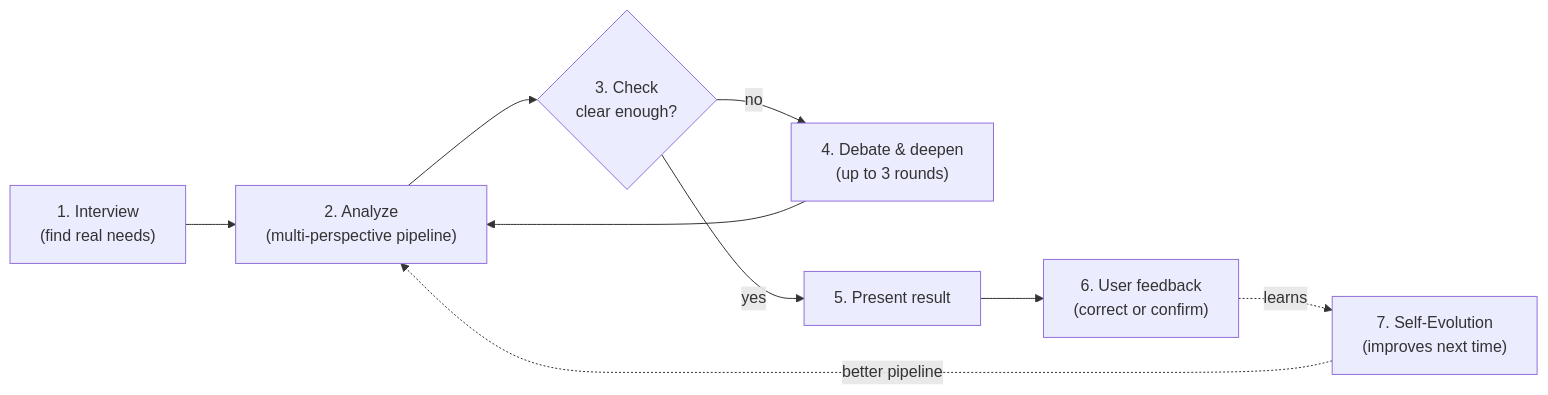
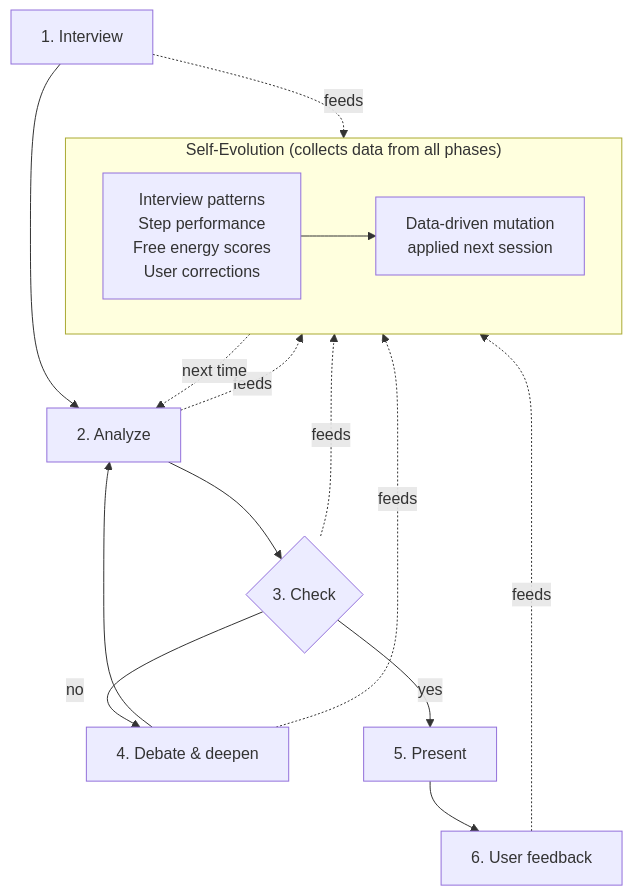
Before and after one commit to ljjluke/ponder-skill: the diagram in README.md, drawn with Mermaid. The commit also changed 1 other file, not shown here.

Commit message:
docs: 架构图修正 — 自进化是全程容器不是第7步
旧: 自进化是最后一步(编号7)
新: 自进化框包裹全流程, 所有阶段→数据输入→进化→下次用

````diff
--- a/README.md
+++ b/README.md
@@ -43,11 +43,21 @@
 ```mermaid
-flowchart LR
-    A["1. Interview<br/>(find real needs)"] --> B["2. Analyze<br/>(multi-perspective pipeline)"]
-    B --> C{"3. Check<br/>clear enough?"}
-    C -->|no| D["4. Debate & deepen<br/>(up to 3 rounds)"]
+flowchart TB
+    subgraph SE["Self-Evolution (collects data from all phases)"]
+        direction LR
+        SE_IN["Interview patterns<br/>Step performance<br/>Free energy scores<br/>User corrections"] --> SE_OUT["Data-driven mutation<br/>applied next session"]
+    end
+
+    A["1. Interview"] --> B["2. Analyze"]
+    B --> C{"3. Check"}
+    C -->|no| D["4. Debate & deepen"]
     D --> B
-    C -->|yes| E["5. Present result"]
-    E --> F["6. User feedback<br/>(correct or confirm)"]
-    F -.->|learns| G["7. Self-Evolution<br/>(improves next time)"]
-    G -.->|better pipeline| B
+    C -->|yes| E["5. Present"]
+    E --> F["6. User feedback"]
+
+    A -.->|feeds| SE_IN
+    B -.->|feeds| SE_IN
+    C -.->|feeds| SE_IN
+    D -.->|feeds| SE_IN
+    F -.->|feeds| SE_IN
+    SE_OUT -.->|next time| B
 ```
````
